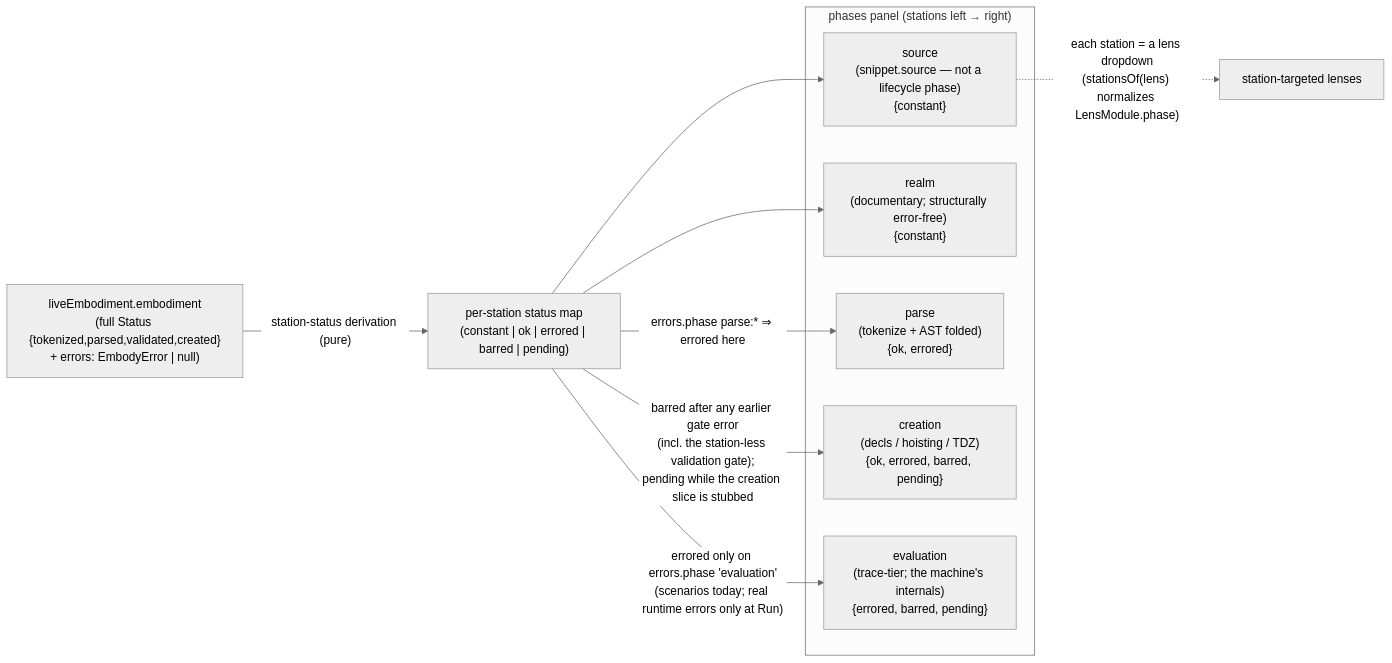
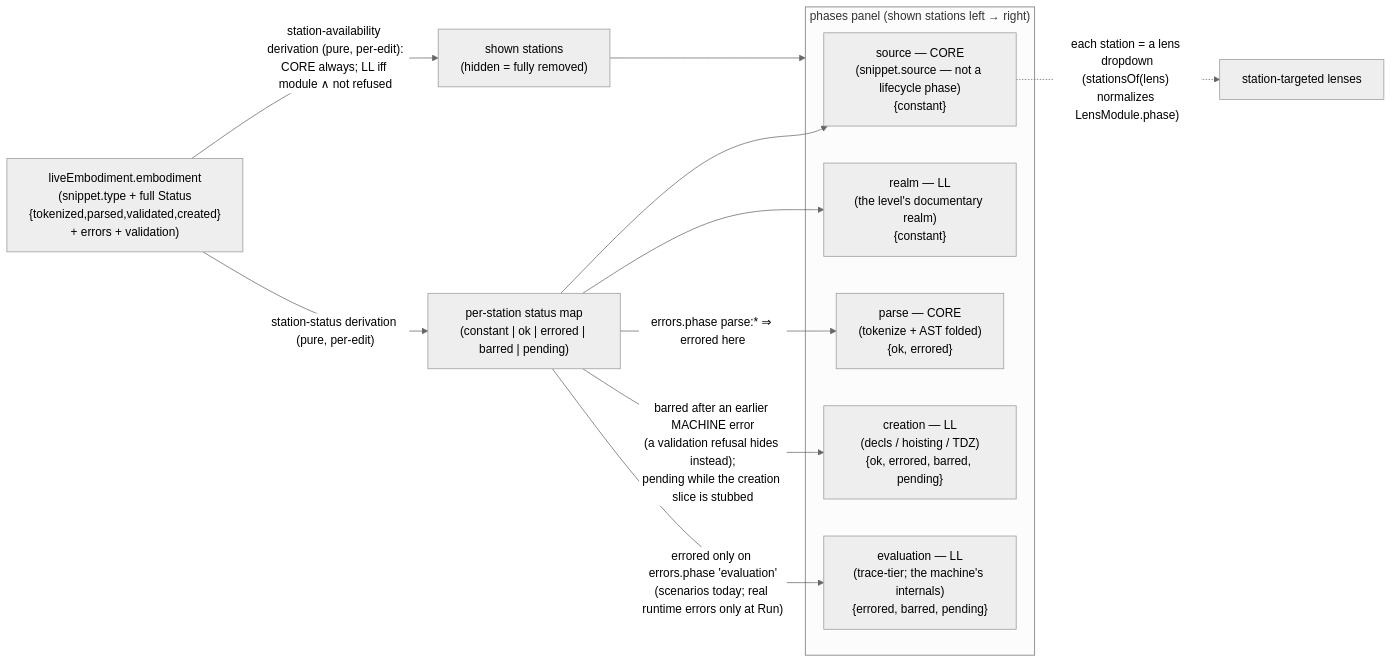
One commit to codeschoolinabox/curricula changed the eighth of 9 diagrams in src/lib/just-enough/javascript/orchestrate/DOCS.md. Above: the diagram before and after it, drawn with Mermaid (neutral theme). The commit also changed other lines of this file and 4 other files, not shown here.

Commit message:
docs: station availability + run/debug dock contract — orchestrator type slot

````diff
--- a/src/lib/just-enough/javascript/orchestrate/DOCS.md
+++ b/src/lib/just-enough/javascript/orchestrate/DOCS.md
@@ -518,21 +521,23 @@
 ```mermaid
 flowchart LR
-    Live["liveEmbodiment.embodiment<br/>(full Status {tokenized,parsed,validated,created}<br/>+ errors: EmbodyError | null)"]
-    Live -->|"station-status derivation (pure)"| Map["per-station status map<br/>(constant | ok | errored | barred | pending)"]
+    Live["liveEmbodiment.embodiment<br/>(snippet.type + full Status<br/>{tokenized,parsed,validated,created}<br/>+ errors + validation)"]
+    Live -->|"station-availability derivation (pure, per-edit):<br/>CORE always; LL iff module ∧ not refused"| Shown["shown stations<br/>(hidden = fully removed)"]
+    Live -->|"station-status derivation (pure, per-edit)"| Map["per-station status map<br/>(constant | ok | errored | barred | pending)"]
 
-    subgraph Bar["phases panel (stations left → right)"]
-        Src["source<br/>(snippet.source — not a lifecycle phase)<br/>{constant}"]
-        Realm["realm<br/>(documentary; structurally error-free)<br/>{constant}"]
-        Parse["parse<br/>(tokenize + AST folded)<br/>{ok, errored}"]
-        Creation["creation<br/>(decls / hoisting / TDZ)<br/>{ok, errored, barred, pending}"]
-        Eval["evaluation<br/>(trace-tier; the machine's internals)<br/>{errored, barred, pending}"]
+    subgraph Bar["phases panel (shown stations left → right)"]
+        Src["source — CORE<br/>(snippet.source — not a lifecycle phase)<br/>{constant}"]
+        Realm["realm — LL<br/>(the level's documentary realm)<br/>{constant}"]
+        Parse["parse — CORE<br/>(tokenize + AST folded)<br/>{ok, errored}"]
+        Creation["creation — LL<br/>(decls / hoisting / TDZ)<br/>{ok, errored, barred, pending}"]
+        Eval["evaluation — LL<br/>(trace-tier; the machine's internals)<br/>{errored, barred, pending}"]
     end
 
+    Shown --> Bar
     Map --> Src
     Map --> Realm
     Map -->|"errors.phase parse:* ⇒ errored here"| Parse
-    Map -->|"barred after any earlier gate error<br/>(incl. the station-less validation gate);<br/>pending while the creation slice is stubbed"| Creation
+    Map -->|"barred after an earlier MACHINE error<br/>(a validation refusal hides instead);<br/>pending while the creation slice is stubbed"| Creation
     Map -->|"errored only on errors.phase 'evaluation'<br/>(scenarios today; real runtime errors only at Run)"| Eval
 
     Src -.->|"each station = a lens dropdown<br/>(stationsOf(lens) normalizes LensModule.phase)"| Lenses["station-targeted lenses"]
 ```
````
